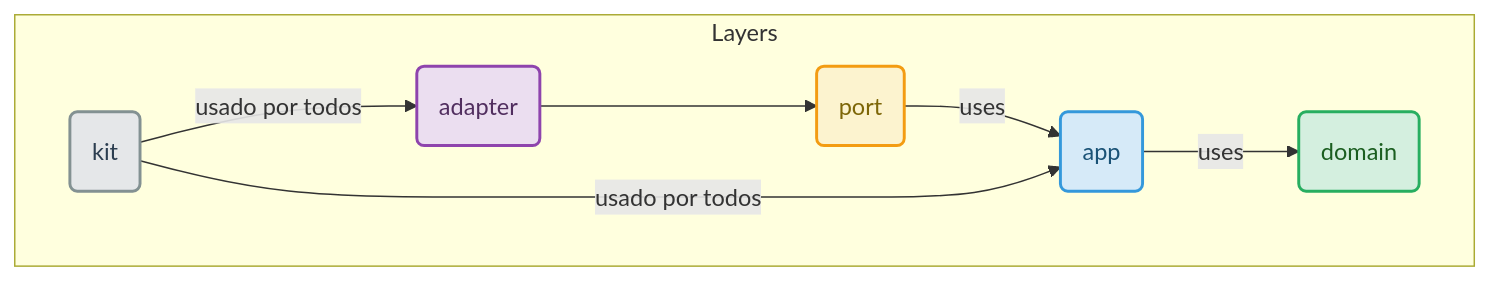
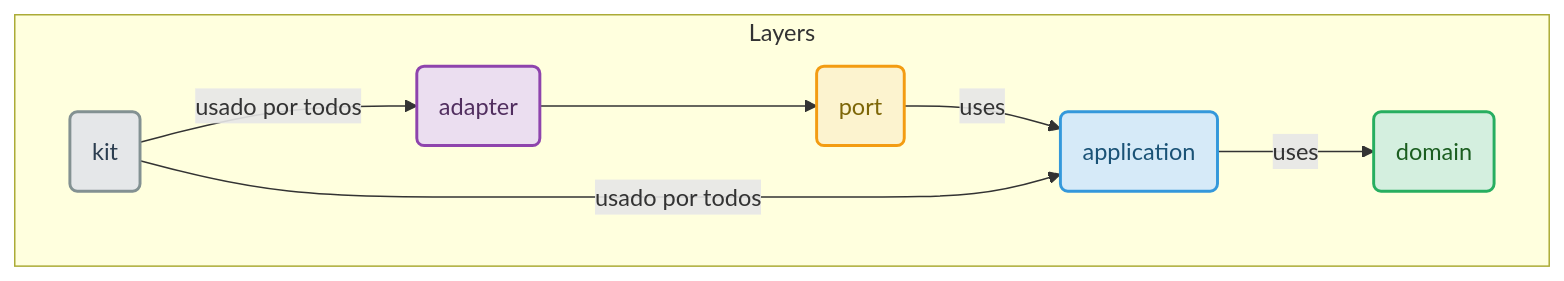
The fourth of 4 diagrams in README.md (norlis/event-driven), drawn with Mermaid before and after one commit.

````diff
--- a/README.md
+++ b/README.md
@@ -252,17 +252,17 @@
 ```mermaid
 graph TD
     subgraph Layers
         direction LR
         A(adapter) --> B(port);
-        B -- uses --> C(app);
+        B -- uses --> C(application);
         C -- uses --> D(domain);
         E(kit) -- "usado por todos" --> A;
         E -- "usado por todos" --> C;
     end
 
     style D fill:#D4EFDF,stroke:#27AE60,stroke-width:2px,color:#1B5E20
     style C fill:#D6EAF8,stroke:#3498DB,stroke-width:2px,color:#1A5276
     style B fill:#FCF3CF,stroke:#F39C12,stroke-width:2px,color:#7D6608
     style A fill:#EBDEF0,stroke:#8E44AD,stroke-width:2px,color:#512E5F
     style E fill:#E5E7E9,stroke:#839192,stroke-width:2px,color:#2C3E50
 ```
````
